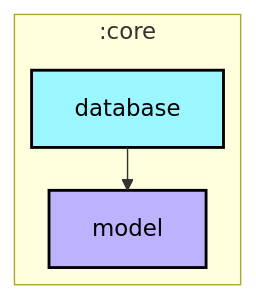
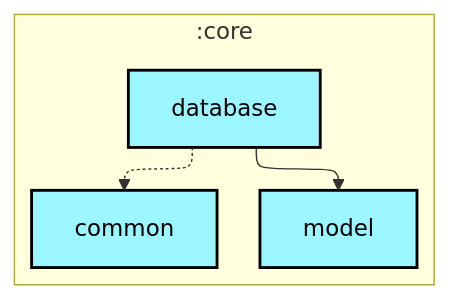
One commit to lihenggui/nowinkmp changed the first of 2 diagrams in core/database/README.md. Above: the diagram before and after it, drawn with Mermaid. The commit also changed other lines of this file and 29 other files, not shown here.

First line of the commit message:
Fix graphUpdate configuration cache compatibility

````diff
--- a/core/database/README.md
+++ b/core/database/README.md
@@ -6,23 +6,25 @@
 ```mermaid
 ---
 config:
   layout: elk
   elk:
     nodePlacementStrategy: SIMPLE
 ---
 graph TB
   subgraph :core
     direction TB
-    :core:database[database]:::android-library
-    :core:model[model]:::jvm-library
+    :core:common[common]:::kmp-library
+    :core:database[database]:::kmp-library
+    :core:model[model]:::kmp-library
   end
 
+  :core:database -.-> :core:common
   :core:database --> :core:model
 
-classDef android-application fill:#CAFFBF,stroke:#000,stroke-width:2px,color:#000;
-classDef android-feature fill:#FFD6A5,stroke:#000,stroke-width:2px,color:#000;
-classDef android-library fill:#9BF6FF,stroke:#000,stroke-width:2px,color:#000;
+classDef cmp-application fill:#CAFFBF,stroke:#000,stroke-width:2px,color:#000;
+classDef cmp-feature fill:#FFD6A5,stroke:#000,stroke-width:2px,color:#000;
+classDef kmp-library fill:#9BF6FF,stroke:#000,stroke-width:2px,color:#000;
+classDef jvm-library fill:#BDB2FF,stroke:#000,stroke-width:2px,color:#000;
 classDef android-test fill:#A0C4FF,stroke:#000,stroke-width:2px,color:#000;
-classDef jvm-library fill:#BDB2FF,stroke:#000,stroke-width:2px,color:#000;
 classDef unknown fill:#FFADAD,stroke:#000,stroke-width:2px,color:#000;
 ```
````
